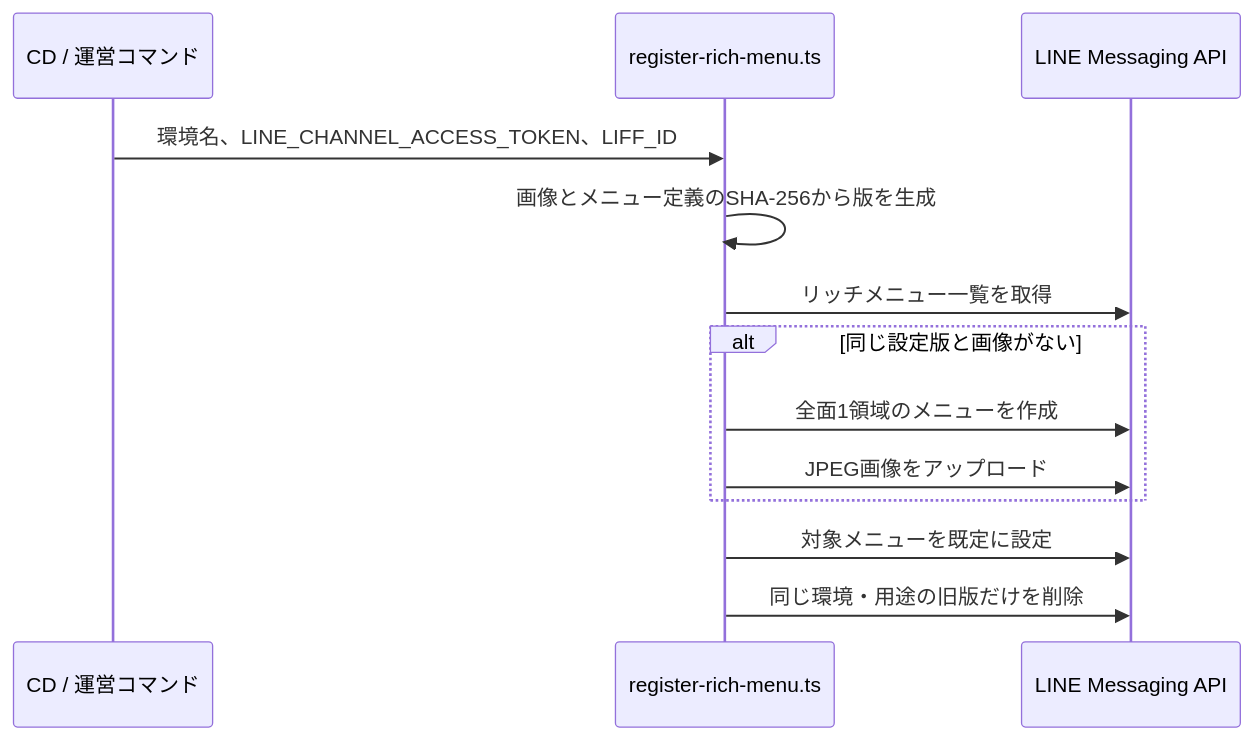
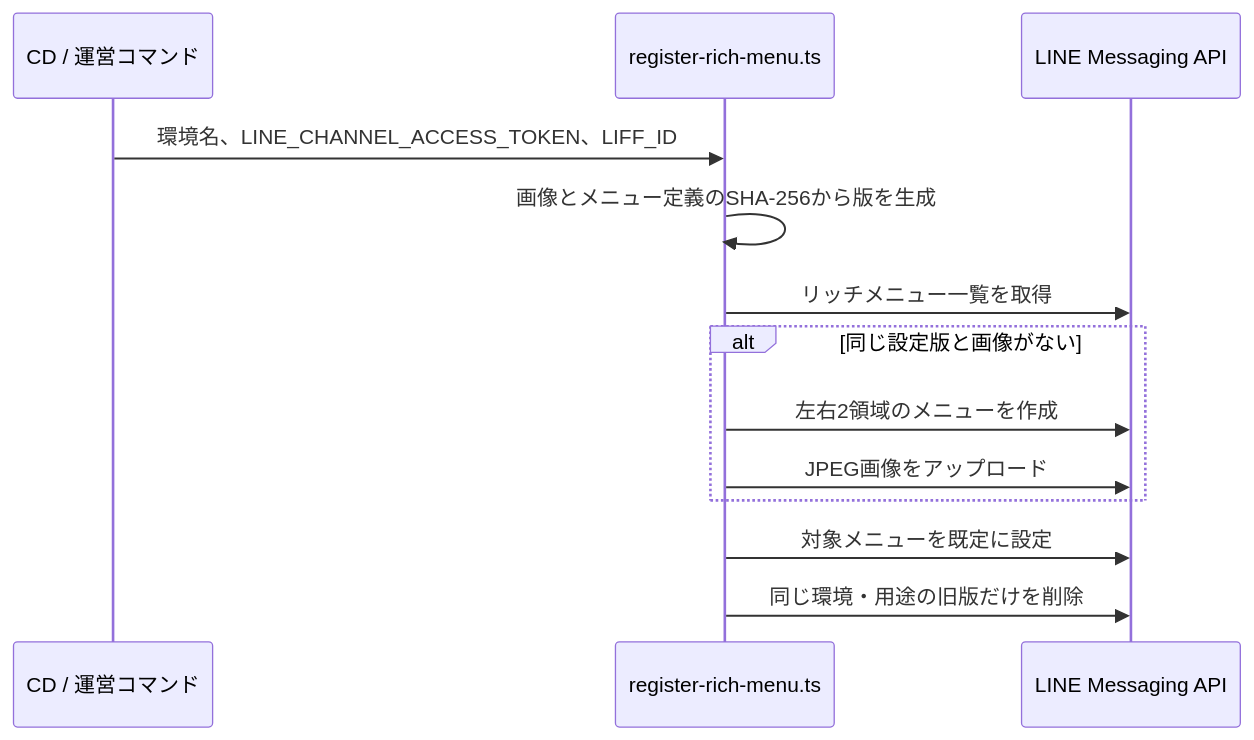
Before and after one commit to kkyosuke/me-builder: the diagram in docs/development/line-rich-menu.md, drawn with Mermaid. The commit also changed other lines of this file and 12 other files, not shown here.

````diff
--- a/docs/development/line-rich-menu.md
+++ b/docs/development/line-rich-menu.md
@@ -13,16 +13,16 @@
 ```mermaid
 sequenceDiagram
     participant CD as CD / 運営コマンド
     participant Script as register-rich-menu.ts
     participant LINE as LINE Messaging API
 
     CD->>Script: 環境名、LINE_CHANNEL_ACCESS_TOKEN、LIFF_ID
     Script->>Script: 画像とメニュー定義のSHA-256から版を生成
     Script->>LINE: リッチメニュー一覧を取得
     alt 同じ設定版と画像がない
-        Script->>LINE: 全面1領域のメニューを作成
+        Script->>LINE: 左右2領域のメニューを作成
         Script->>LINE: JPEG画像をアップロード
     end
     Script->>LINE: 対象メニューを既定に設定
     Script->>LINE: 同じ環境・用途の旧版だけを削除
 ```
````
